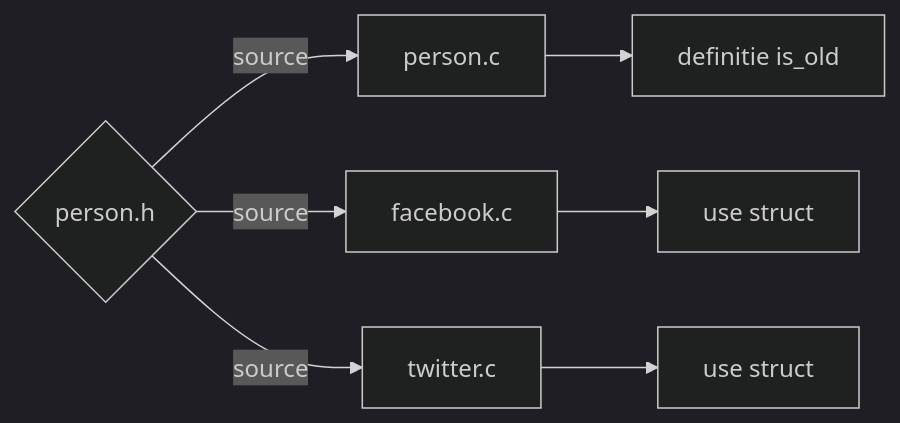
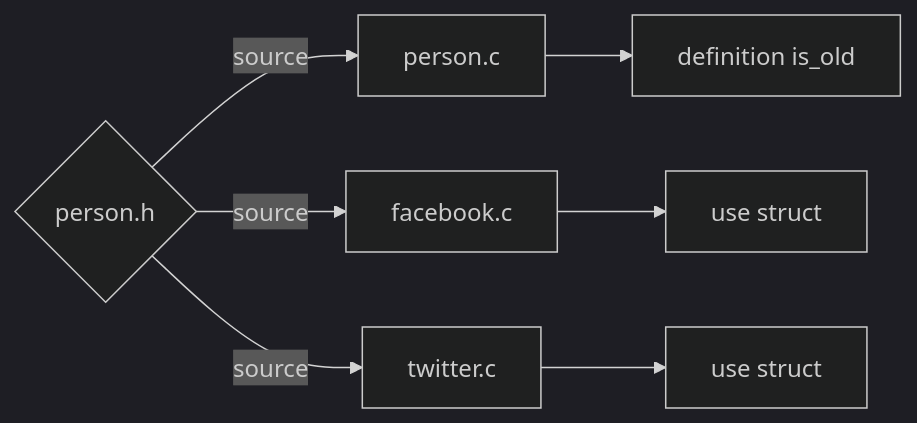
One commit to KULeuven-Diepenbeek/osc-course changed the second of 2 diagrams in content/ch1-c/structs.md. Above: the diagram before and after it, drawn with Mermaid (dark theme). The commit also changed other lines of this file and 3 other files, not shown here.

```diff
--- a/content/ch1-c/structs.md
+++ b/content/ch1-c/structs.md
@@ -174,9 +174,9 @@
 {{<mermaid>}}
 graph LR;
     A{person.h} -->|source| B[person.c]
-    B --> E[definitie is_old]
+    B --> E[definition is_old]
     A{person.h} -->|source| C[facebook.c]
     C --> F[use struct]
     A{person.h} -->|source| D[twitter.c]
     D --> G[use struct]
 {{< /mermaid >}}
```
